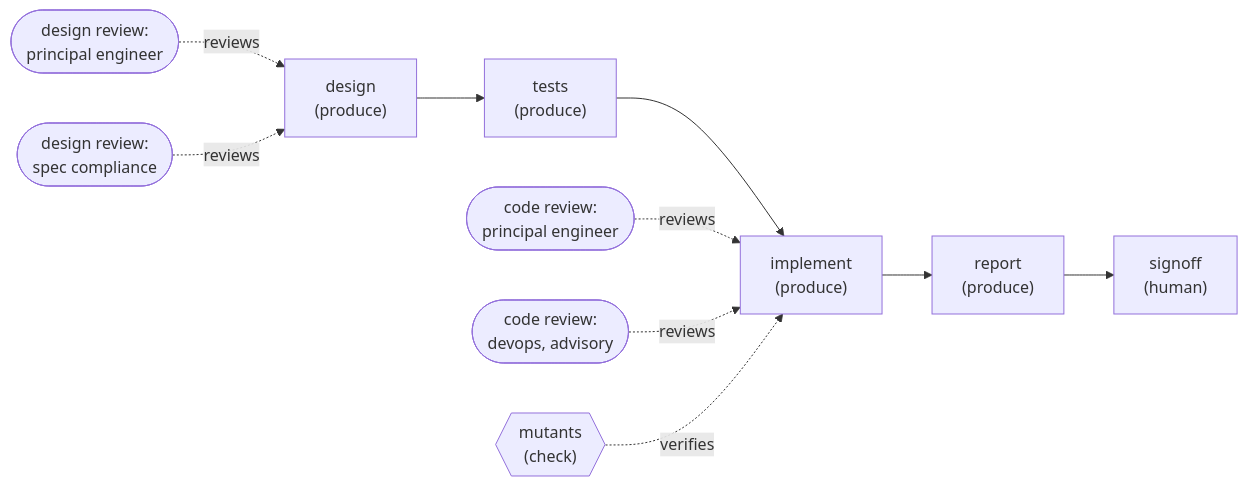
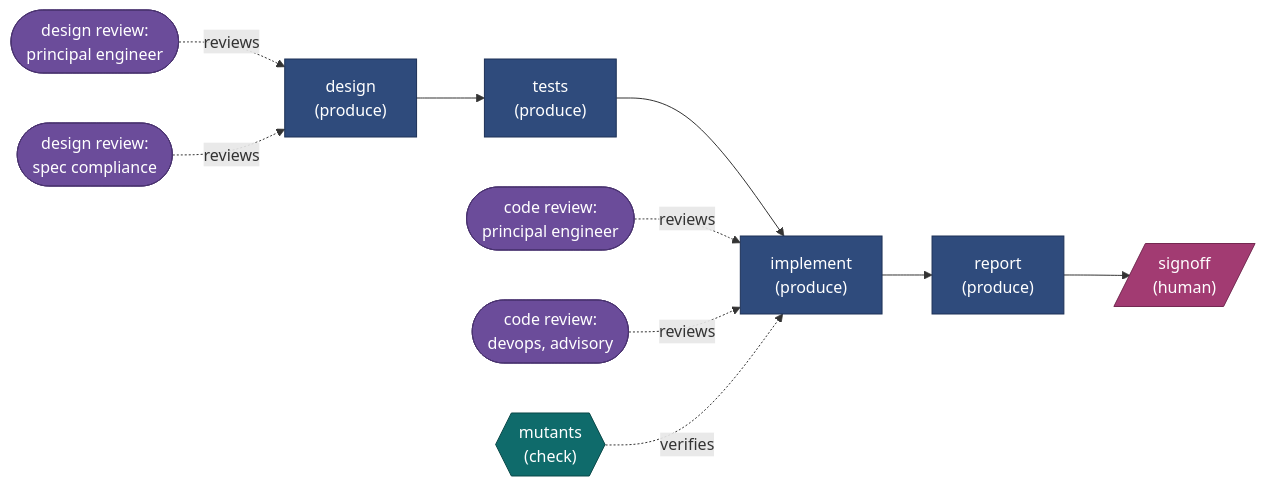
Before and after one commit to miavenet/mv-aipp101-starter: the first of 3 diagrams in task_runner/docs/tutorial/01-the-idea.md, drawn with Mermaid. The commit also changed other lines of this file and 6 other files, not shown here.

````diff
--- a/task_runner/docs/tutorial/01-the-idea.md
+++ b/task_runner/docs/tutorial/01-the-idea.md
@@ -25,13 +26,22 @@
 ```mermaid
 flowchart LR
     design["design<br/>(produce)"] --> tests["tests<br/>(produce)"]
     tests --> implement["implement<br/>(produce)"]
     implement --> report["report<br/>(produce)"]
-    report --> signoff["signoff<br/>(human)"]
+    report --> signoff[/"signoff<br/>(human)"/]
 
     dr1(["design review:<br/>principal engineer"]) -. reviews .-> design
     dr2(["design review:<br/>spec compliance"]) -. reviews .-> design
     cr1(["code review:<br/>principal engineer"]) -. reviews .-> implement
     cr2(["code review:<br/>devops, advisory"]) -. reviews .-> implement
     mut{{"mutants<br/>(check)"}} -. verifies .-> implement
+
+    classDef produce fill:#2f4b7c,stroke:#1d3157,color:#ffffff
+    classDef review fill:#6b4c9a,stroke:#4a3370,color:#ffffff
+    classDef check fill:#0f6b6b,stroke:#094848,color:#ffffff
+    classDef human fill:#a23b72,stroke:#742951,color:#ffffff
+    class design,tests,implement,report produce
+    class dr1,dr2,cr1,cr2 review
+    class mut check
+    class signoff human
 ```
````
